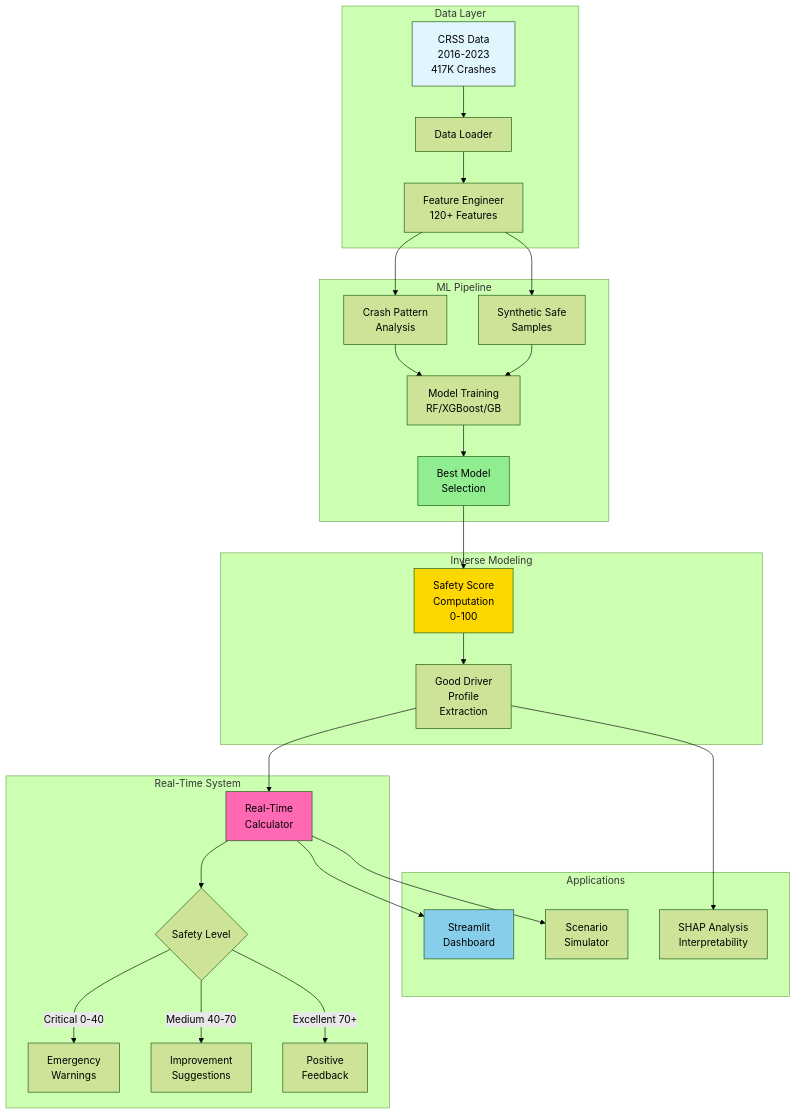
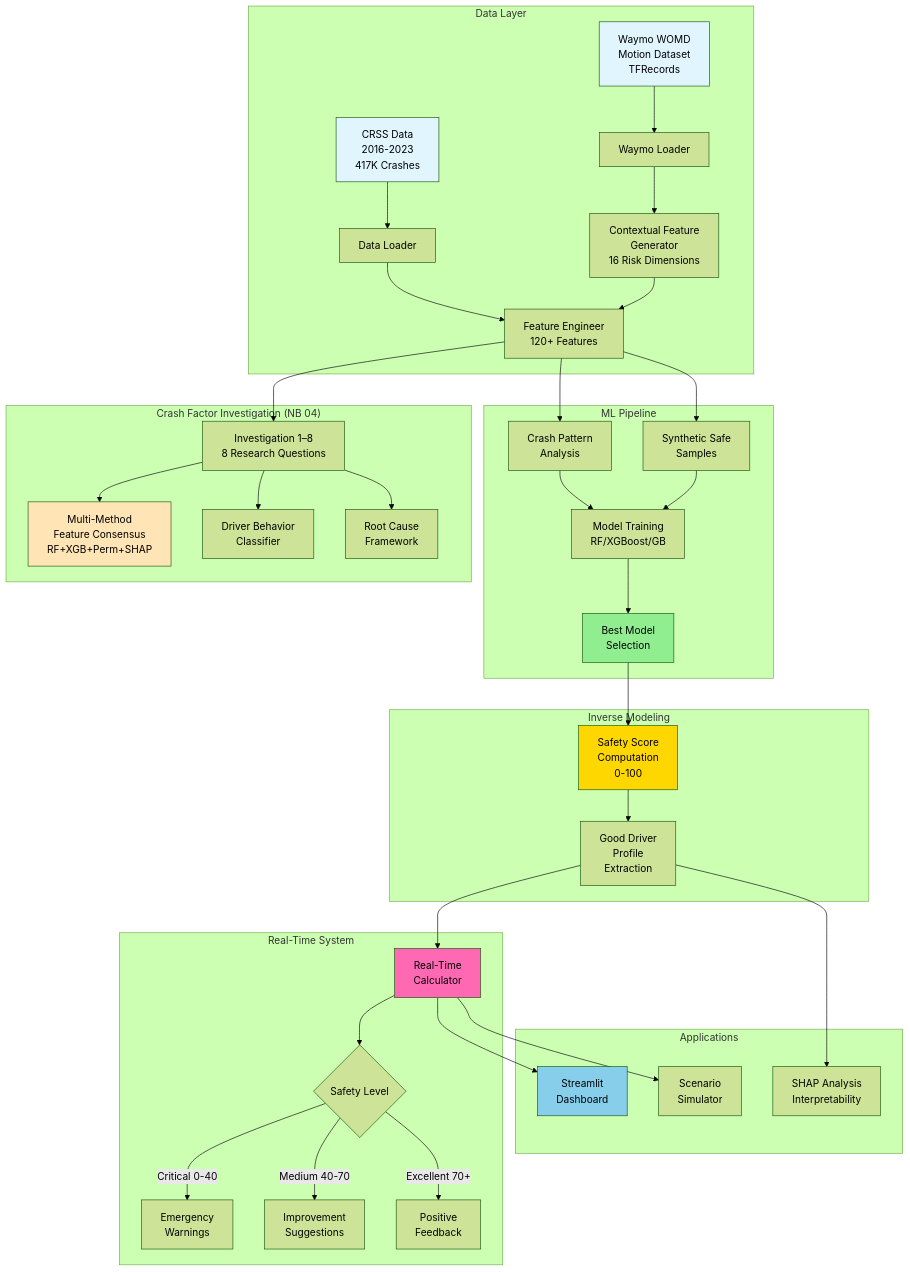
One commit to ssam18/safedriver-iq changed the diagram in README.md. Above: the diagram before and after it, drawn with Mermaid (forest theme). The commit also changed other lines of this file, not shown here.

````diff
--- a/README.md
+++ b/README.md
@@ -55,40 +78,52 @@
 ```mermaid
 graph TB
     subgraph "Data Layer"
         A[CRSS Data<br/>2016-2023<br/>417K Crashes] --> B[Data Loader]
+        W[Waymo WOMD<br/>Motion Dataset<br/>TFRecords] --> WL[Waymo Loader]
         B --> C[Feature Engineer<br/>120+ Features]
+        WL --> CF[Contextual Feature<br/>Generator<br/>16 Risk Dimensions]
+        CF --> C
     end
     
+    subgraph "Crash Factor Investigation (NB 04)"
+        C --> I1[Investigation 1–8<br/>8 Research Questions]
+        I1 --> FI[Multi-Method<br/>Feature Consensus<br/>RF+XGB+Perm+SHAP]
+        I1 --> BC[Driver Behavior<br/>Classifier]
+        I1 --> RC[Root Cause<br/>Framework]
+    end
+
     subgraph "ML Pipeline"
         C --> D[Crash Pattern<br/>Analysis]
         C --> E[Synthetic Safe<br/>Samples]
         D --> F[Model Training<br/>RF/XGBoost/GB]
         E --> F
         F --> G[Best Model<br/>Selection]
     end
     
     subgraph "Inverse Modeling"
         G --> H[Safety Score<br/>Computation<br/>0-100]
         H --> I[Good Driver<br/>Profile<br/>Extraction]
     end
     
     subgraph "Real-Time System"
         I --> J[Real-Time<br/>Calculator]
         J --> K{Safety Level}
         K -->|Critical 0-40| L[Emergency<br/>Warnings]
         K -->|Medium 40-70| M[Improvement<br/>Suggestions]
         K -->|Excellent 70+| N[Positive<br/>Feedback]
     end
     
     subgraph "Applications"
         J --> O[Streamlit<br/>Dashboard]
         J --> P[Scenario<br/>Simulator]
         I --> Q[SHAP Analysis<br/>Interpretability]
     end
     
     style A fill:#e1f5ff
+    style W fill:#e1f5ff
     style G fill:#90ee90
     style H fill:#ffd700
     style J fill:#ff69b4
     style O fill:#87ceeb
+    style FI fill:#ffe4b5
 ```
````
